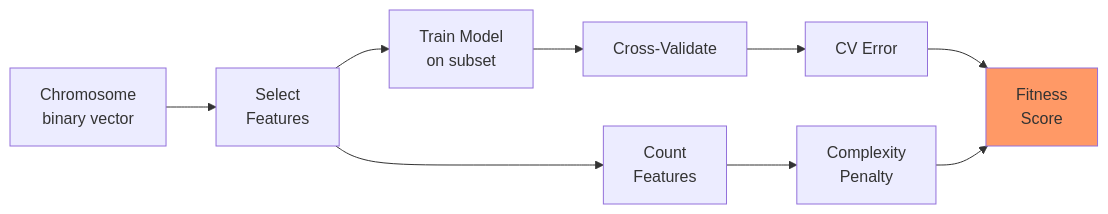
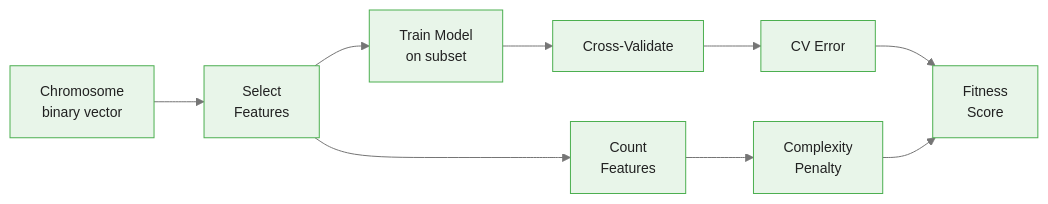
The first of 4 diagrams in courses/genetic-algorithms-feature-selection/modules/module_02_fitness/guides/01_fitness_functions_slides.md (m-deane/course-creator), drawn with Mermaid before and after one commit. The commit also changed other lines of this file and 52 other files, not shown here.

````diff
--- a/courses/genetic-algorithms-feature-selection/modules/module_02_fitness/guides/01_fitness_functions_slides.md
+++ b/courses/genetic-algorithms-feature-selection/modules/module_02_fitness/guides/01_fitness_functions_slides.md
@@ -25,12 +25,12 @@
 ```mermaid
+%%{init: {"theme": "base", "themeVariables": {"primaryColor": "#e8f5e9", "primaryBorderColor": "#4caf50", "primaryTextColor": "#212121", "secondaryColor": "#e3f2fd", "tertiaryColor": "#fff8e1", "lineColor": "#757575", "fontFamily": "Inter, sans-serif", "fontSize": "14px"}}}%%
 flowchart LR
     A[Chromosome<br/>binary vector] --> B[Select<br/>Features]
     B --> C[Train Model<br/>on subset]
     C --> D[Cross-Validate]
     D --> E[CV Error]
     B --> F[Count<br/>Features]
     F --> G[Complexity<br/>Penalty]
     E --> H[Fitness<br/>Score]
     G --> H
-    style H fill:#f96
 ```
````
